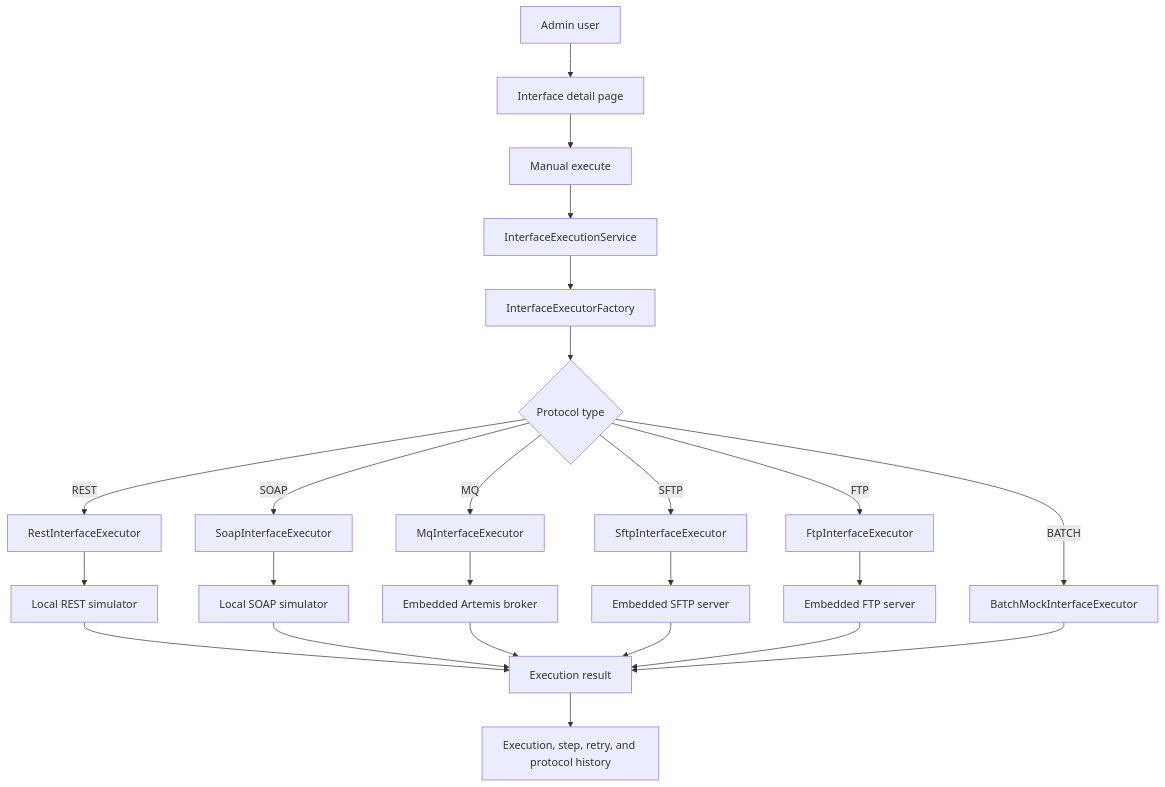
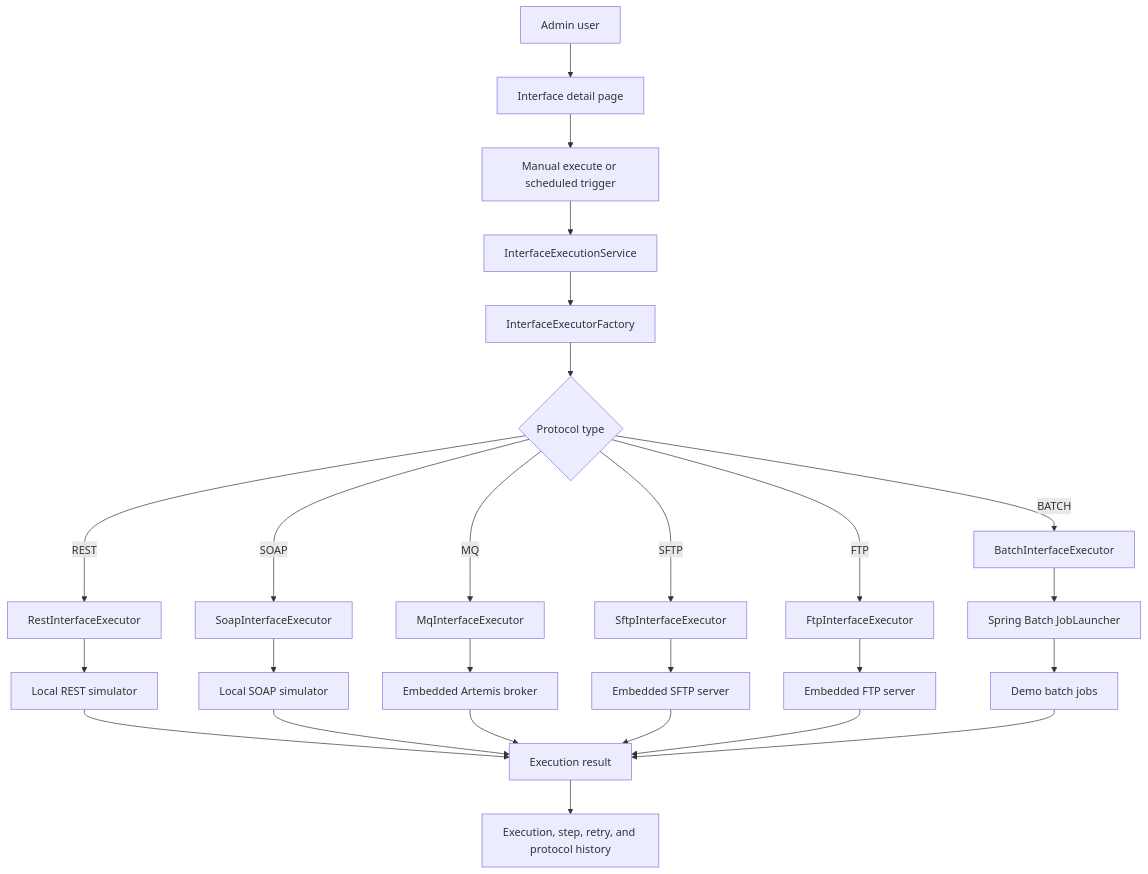
One commit to prozen99/Insurance_interface_hub changed the diagram in docs/02-architecture.md. Above: the diagram before and after it, drawn with Mermaid. The commit also changed other lines of this file and 10 other files, not shown here.

````diff
--- a/docs/02-architecture.md
+++ b/docs/02-architecture.md
@@ -24,26 +26,28 @@
 ```mermaid
 flowchart TD
     Admin["Admin user"] --> Detail["Interface detail page"]
-    Detail --> Execute["Manual execute"]
+    Detail --> Execute["Manual execute or scheduled trigger"]
     Execute --> Engine["InterfaceExecutionService"]
     Engine --> Factory["InterfaceExecutorFactory"]
     Factory --> Protocol{"Protocol type"}
     Protocol -->|REST| Rest["RestInterfaceExecutor"]
     Protocol -->|SOAP| Soap["SoapInterfaceExecutor"]
     Protocol -->|MQ| Mq["MqInterfaceExecutor"]
     Protocol -->|SFTP| Sftp["SftpInterfaceExecutor"]
     Protocol -->|FTP| Ftp["FtpInterfaceExecutor"]
-    Protocol -->|BATCH| Batch["BatchMockInterfaceExecutor"]
+    Protocol -->|BATCH| Batch["BatchInterfaceExecutor"]
     Rest --> RestSimulator["Local REST simulator"]
     Soap --> SoapSimulator["Local SOAP simulator"]
     Mq --> Broker["Embedded Artemis broker"]
     Sftp --> SftpServer["Embedded SFTP server"]
     Ftp --> FtpServer["Embedded FTP server"]
+    Batch --> SpringBatch["Spring Batch JobLauncher"]
+    SpringBatch --> BatchJobs["Demo batch jobs"]
     RestSimulator --> Result["Execution result"]
     SoapSimulator --> Result
     Broker --> Result
     SftpServer --> Result
     FtpServer --> Result
-    Batch --> Result
+    BatchJobs --> Result
     Result --> History["Execution, step, retry, and protocol history"]
 ```
````
